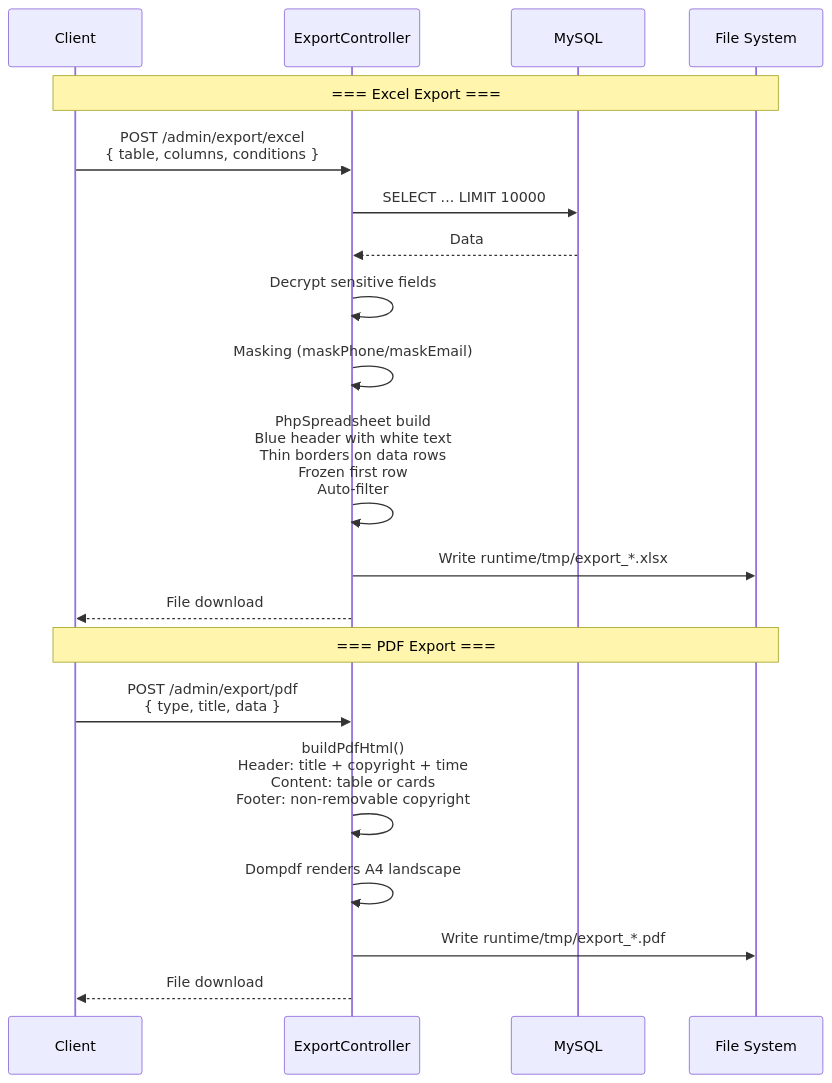
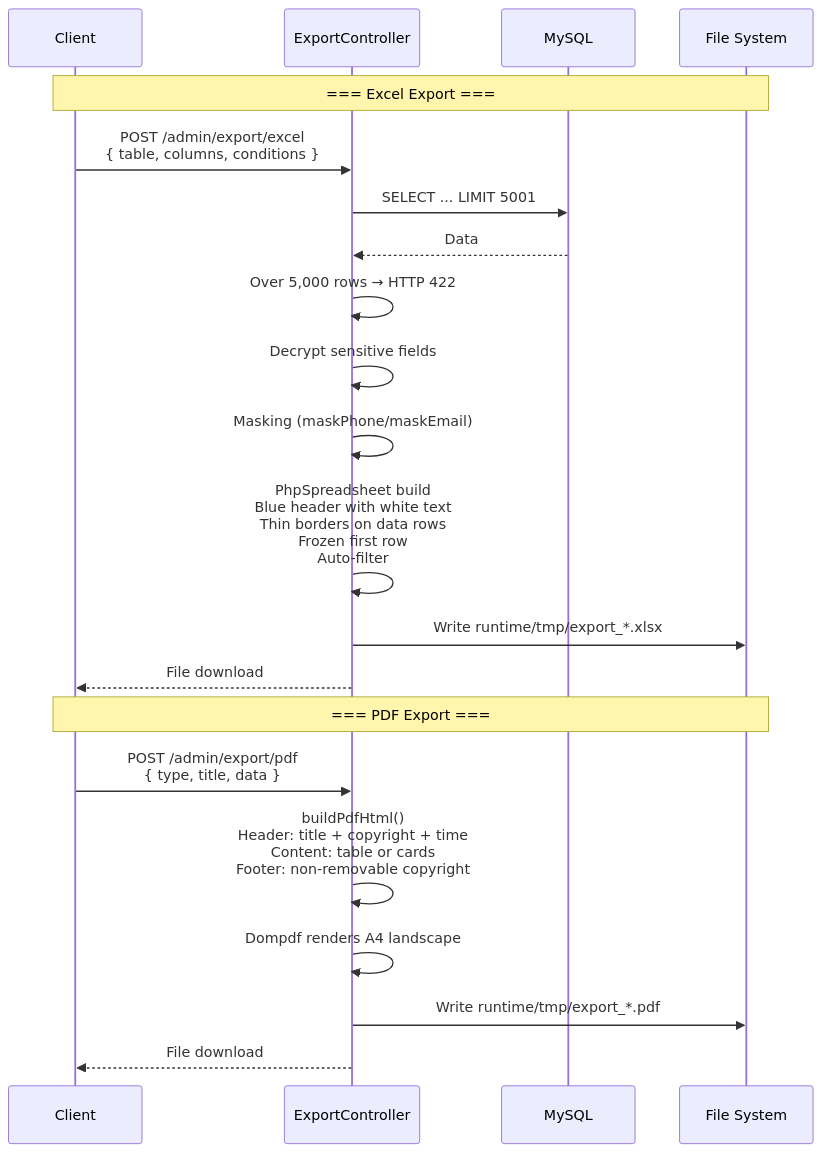
The tenth of 14 diagrams in docs/ARCHITECTURE.en.md (erikwang2013/open-admin), drawn with Mermaid before and after one commit. The commit also changed other lines of this file and 148 other files, not shown here.

````diff
--- a/docs/ARCHITECTURE.en.md
+++ b/docs/ARCHITECTURE.en.md
@@ -509,24 +511,25 @@
 ```mermaid
 sequenceDiagram
     participant C as Client
     participant CTL as ExportController
     participant DB as MySQL
     participant FS as File System
 
     Note over C,FS: === Excel Export ===
     C->>CTL: POST /admin/export/excel<br/>{ table, columns, conditions }
-    CTL->>DB: SELECT ... LIMIT 10000
+    CTL->>DB: SELECT ... LIMIT 5001
     DB-->>CTL: Data
+    CTL->>CTL: Over 5,000 rows → HTTP 422
     CTL->>CTL: Decrypt sensitive fields
     CTL->>CTL: Masking (maskPhone/maskEmail)
     CTL->>CTL: PhpSpreadsheet build<br/>Blue header with white text<br/>Thin borders on data rows<br/>Frozen first row<br/>Auto-filter
     CTL->>FS: Write runtime/tmp/export_*.xlsx
     CTL-->>C: File download
 
     Note over C,FS: === PDF Export ===
     C->>CTL: POST /admin/export/pdf<br/>{ type, title, data }
     CTL->>CTL: buildPdfHtml()<br/>Header: title + copyright + time<br/>Content: table or cards<br/>Footer: non-removable copyright
     CTL->>CTL: Dompdf renders A4 landscape
     CTL->>FS: Write runtime/tmp/export_*.pdf
     CTL-->>C: File download
 ```
````
